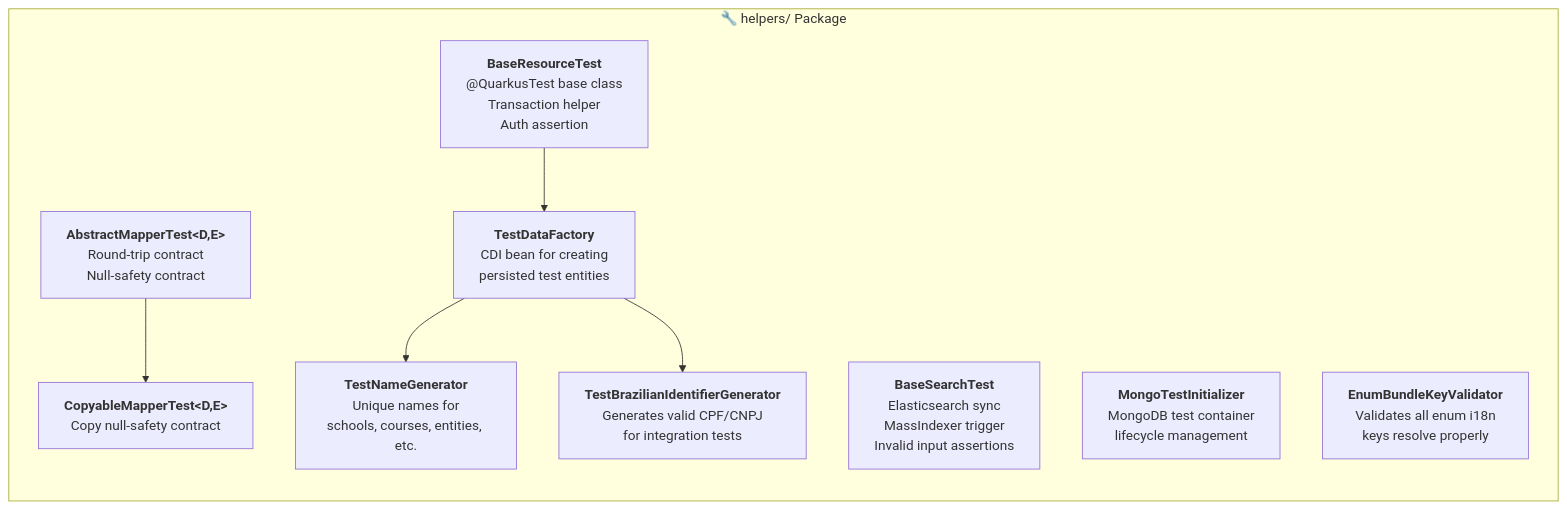
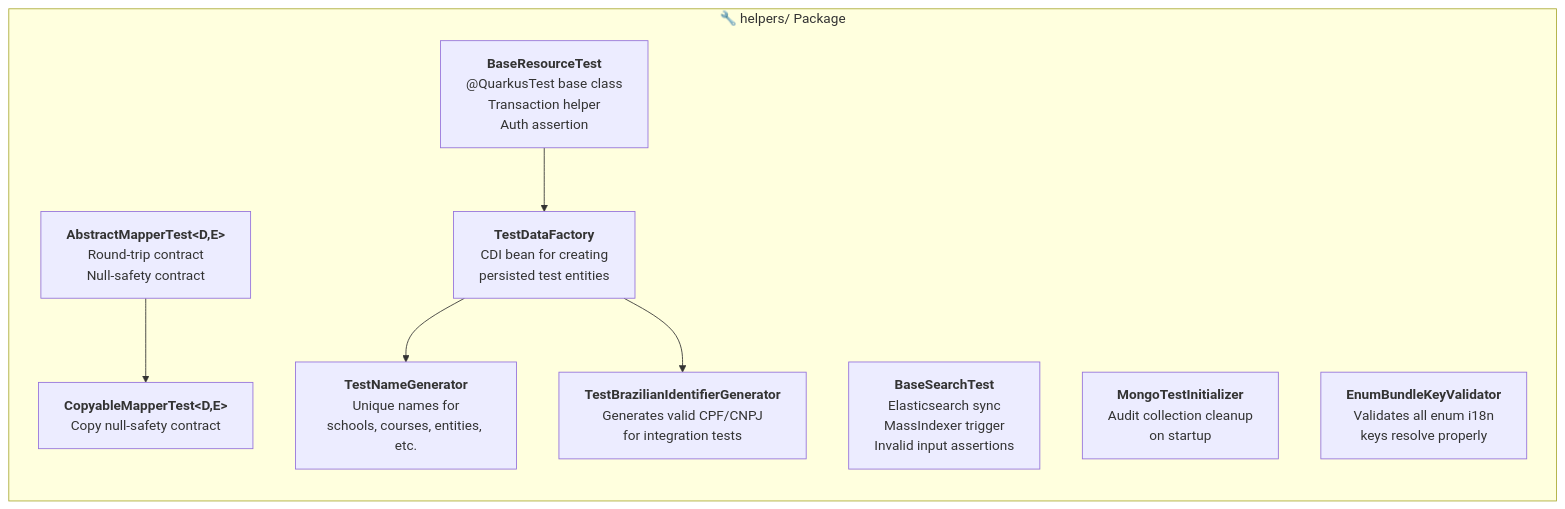
The sixth of 8 diagrams in src/test/README.md (Plataforma-Universidade-Gratuita/pug-service), drawn with Mermaid before and after one commit. The commit also changed other lines of this file and 89 other files, not shown here.

````diff
--- a/src/test/README.md
+++ b/src/test/README.md
@@ -189,20 +200,20 @@
 ```mermaid
 graph TD
     subgraph Helpers["🔧 helpers/ Package"]
         direction TB
         BRT["<b>BaseResourceTest</b><br/>@QuarkusTest base class<br/>Transaction helper<br/>Auth assertion"]
         BST["<b>BaseSearchTest</b><br/>Elasticsearch sync<br/>MassIndexer trigger<br/>Invalid input assertions"]
         AMT["<b>AbstractMapperTest&lt;D,E&gt;</b><br/>Round-trip contract<br/>Null-safety contract"]
         CMT["<b>CopyableMapperTest&lt;D,E&gt;</b><br/>Copy null-safety contract"]
         TDF["<b>TestDataFactory</b><br/>CDI bean for creating<br/>persisted test entities"]
         TNG["<b>TestNameGenerator</b><br/>Unique names for<br/>schools, courses, entities, etc."]
-        MTI["<b>MongoTestInitializer</b><br/>MongoDB test container<br/>lifecycle management"]
+        MTI["<b>MongoTestInitializer</b><br/>Audit collection cleanup<br/>on startup"]
         EBKV["<b>EnumBundleKeyValidator</b><br/>Validates all enum i18n<br/>keys resolve properly"]
         TBIG["<b>TestBrazilianIdentifierGenerator</b><br/>Generates valid CPF/CNPJ<br/>for integration tests"]
     end
 
     AMT --> CMT
     BRT --> TDF
     TDF --> TNG
     TDF --> TBIG
 ```
````
